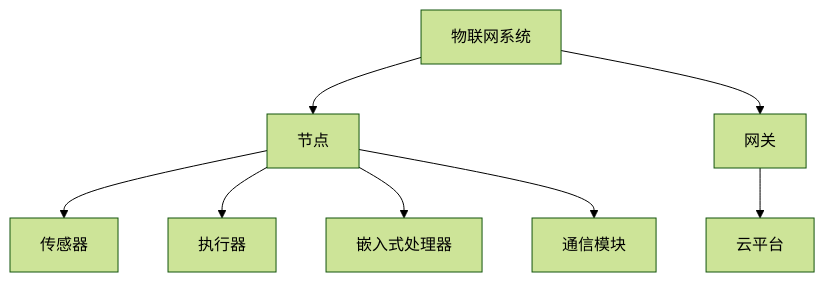
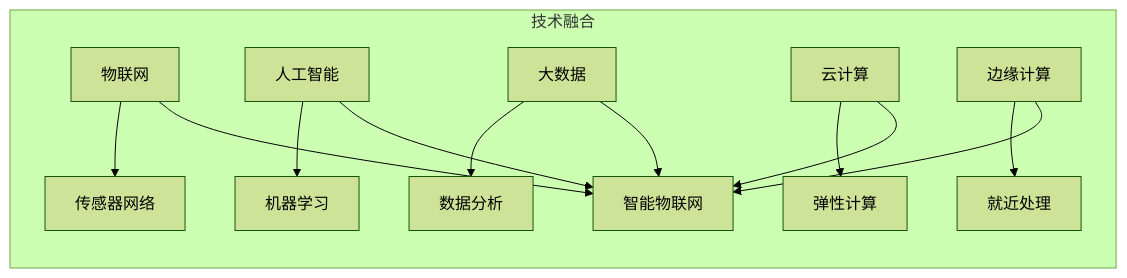
One commit to AdaMartin18010/SystemOSIOT changed diagram 12 of 16 in 3.物联网嵌入式系统/3.5 多表征/3.5.1 概念图.md. Above: the diagram before and after it, drawn with Mermaid (forest theme). The commit also changed other lines of this file and 118 other files, not shown here.

````diff
--- a/3.物联网嵌入式系统/3.5 多表征/3.5.1 概念图.md
+++ b/3.物联网嵌入式系统/3.5 多表征/3.5.1 概念图.md
@@ -5,10 +298,16 @@
 ```mermaid
-graph TD;
-  IoT[物联网系统] --> Node[节点];
-  Node --> Sensor[传感器];
-  Node --> Actuator[执行器];
-  Node --> MCU[嵌入式处理器];
-  Node --> Comm[通信模块];
-  IoT --> Gateway[网关];
-  Gateway --> Cloud[云平台];
+graph LR;
+  subgraph "技术融合"
+    A[物联网] --> A1[传感器网络]
+    B[人工智能] --> B1[机器学习]
+    C[大数据] --> C1[数据分析]
+    D[云计算] --> D1[弹性计算]
+    E[边缘计算] --> E1[就近处理]
+    
+    A --> F[智能物联网]
+    B --> F
+    C --> F
+    D --> F
+    E --> F
+  end
 ```
````
